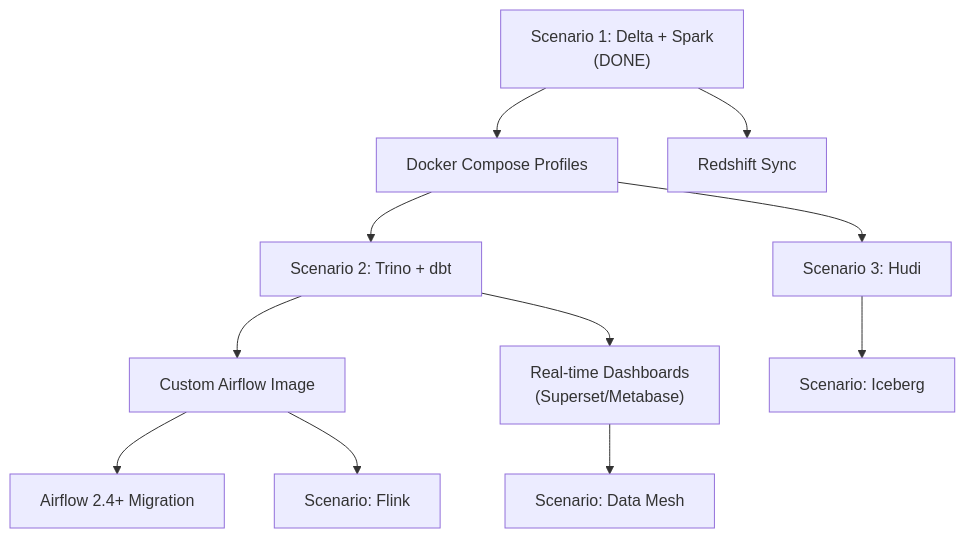
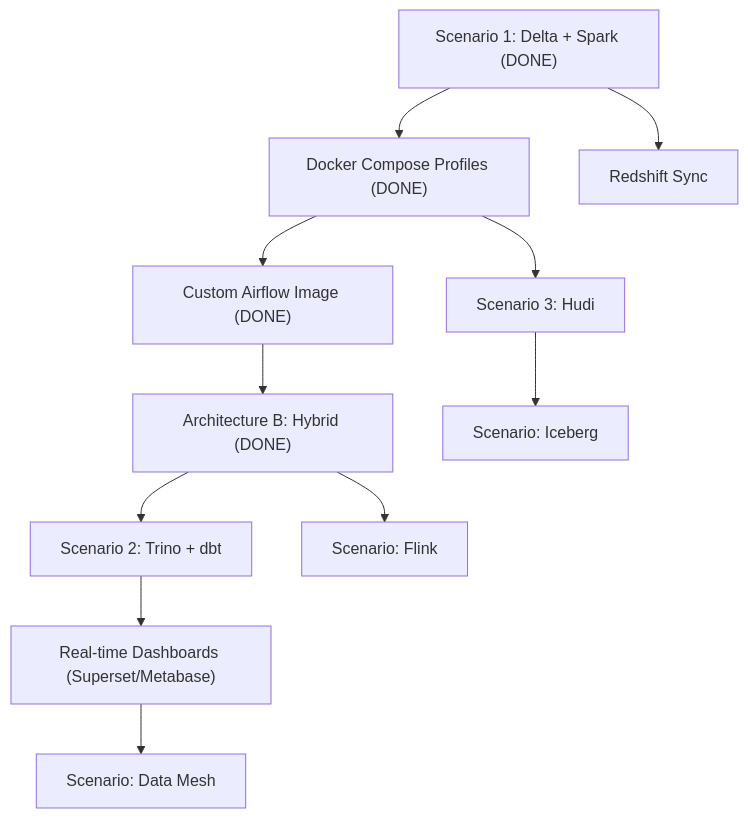
Before and after one commit to rafaelspecta/user-behavior-analytics: the fourth of 4 diagrams in docs/roadmap.md, drawn with Mermaid. The commit also changed other lines of this file and 3 other files, not shown here.

First line of the commit message:
docs: update architecture guide, roadmap, infrastructure, and troubleshooting for hybrid architecture

````diff
--- a/docs/roadmap.md
+++ b/docs/roadmap.md
@@ -385,13 +326,13 @@
 ```mermaid
 graph TD
-    Current["Scenario 1: Delta + Spark\n(DONE)"] --> Profiles["Docker Compose Profiles"]
-    Profiles --> S2["Scenario 2: Trino + dbt"]
+    Current["Scenario 1: Delta + Spark (DONE)"] --> Profiles["Docker Compose Profiles (DONE)"]
+    Profiles --> CustomAirflow["Custom Airflow Image (DONE)"]
+    CustomAirflow --> HybridB["Architecture B: Hybrid (DONE)"]
+    HybridB --> S2["Scenario 2: Trino + dbt"]
     Profiles --> S3["Scenario 3: Hudi"]
-    S2 --> CustomAirflow["Custom Airflow Image"]
-    CustomAirflow --> AirflowMigration["Airflow 2.4+ Migration"]
-    S2 --> Dashboards["Real-time Dashboards\n(Superset/Metabase)"]
+    S2 --> Dashboards["Real-time Dashboards (Superset/Metabase)"]
     S3 --> Iceberg["Scenario: Iceberg"]
     Current --> Redshift["Redshift Sync"]
-    CustomAirflow --> Flink["Scenario: Flink"]
+    HybridB --> Flink["Scenario: Flink"]
     Dashboards --> DataMesh["Scenario: Data Mesh"]
 ```
````
